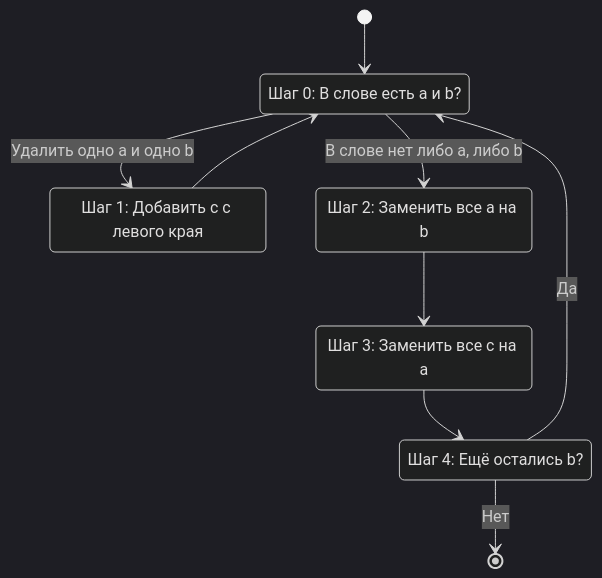
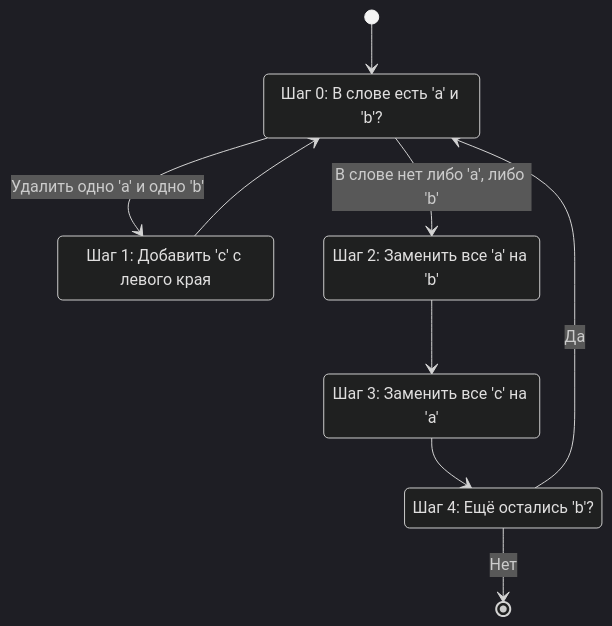
The diagram in docs/algorithms/index.md (artemkorsakov/scalabook), drawn with Mermaid (dark theme) before and after one commit. The commit also changed 184 other files, not shown here.

````diff
--- a/docs/algorithms/index.md
+++ b/docs/algorithms/index.md
@@ -102,17 +102,17 @@
 ```mermaid
 stateDiagram
-  state "Шаг 0: В слове есть a и b?" as Step0
-  state "Шаг 1: Добавить c с левого края" as Step1
-  state "Шаг 2: Заменить все a на b" as Step2
-  state "Шаг 3: Заменить все c на a" as Step3
-  state "Шаг 4: Ещё остались b?" as Step4
+  state "Шаг 0: В слове есть 'a' и 'b'?" as Step0
+  state "Шаг 1: Добавить 'c' с левого края" as Step1
+  state "Шаг 2: Заменить все 'a' на 'b'" as Step2
+  state "Шаг 3: Заменить все 'c' на 'a'" as Step3
+  state "Шаг 4: Ещё остались 'b'?" as Step4
 
   [*] --> Step0
-  Step0 --> Step1: Удалить одно a и одно b
+  Step0 --> Step1: Удалить одно 'a' и одно 'b'
   Step1 --> Step0
-  Step0 --> Step2: В слове нет либо a, либо b 
+  Step0 --> Step2: В слове нет либо 'a', либо 'b'
   Step2 --> Step3
   Step3 --> Step4
   Step4 --> Step0: Да
   Step4 --> [*]: Нет
 ```
````
